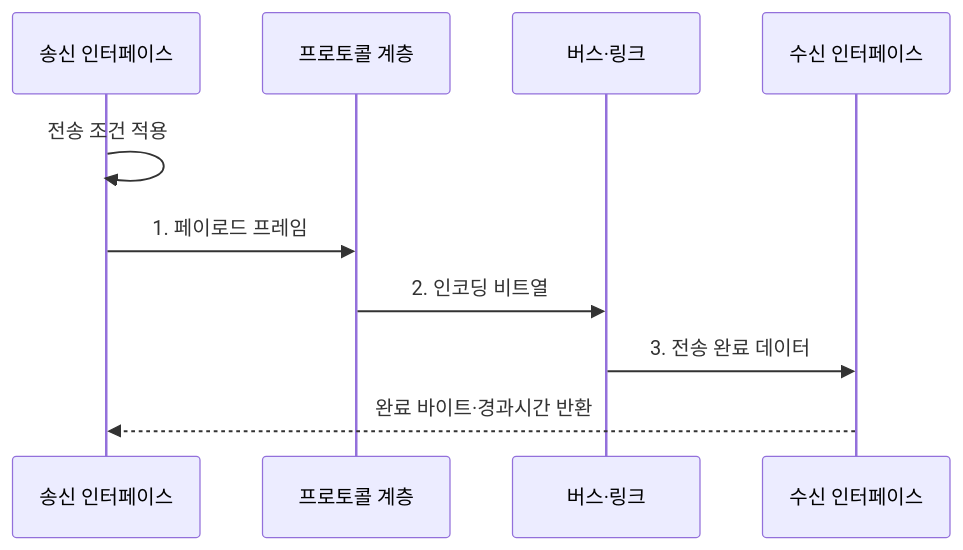
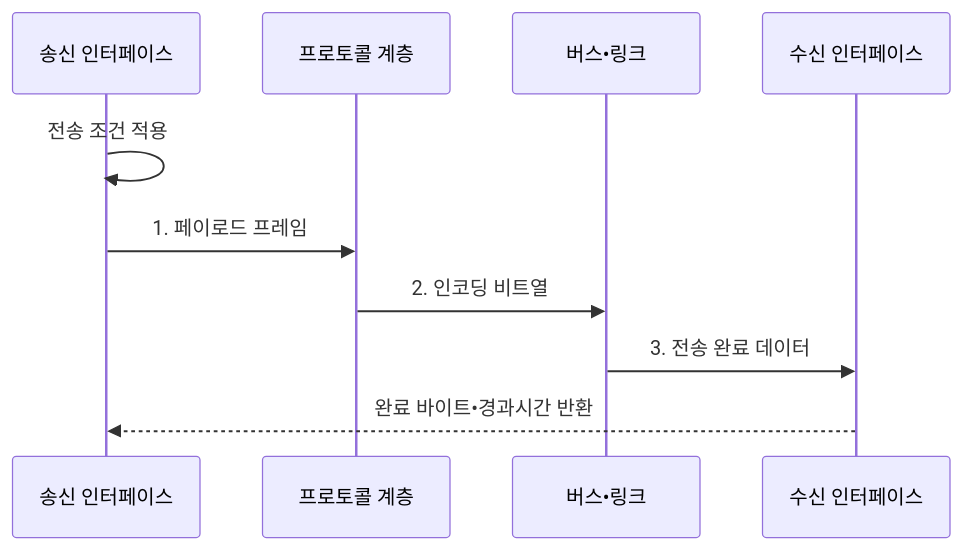
Before and after one commit to agnusdei1207/knowledge-base: the second of 2 diagrams in src/content/docs/notes/02-hardware/076_bus_bandwidth.md, drawn with Mermaid. The commit also changed other lines of this file and 953 other files, not shown here.

````diff
--- a/src/content/docs/notes/02-hardware/076_bus_bandwidth.md
+++ b/src/content/docs/notes/02-hardware/076_bus_bandwidth.md
@@ -107,13 +107,13 @@
 ```mermaid
 sequenceDiagram
     participant S as 송신 인터페이스
     participant P as 프로토콜 계층
-    participant L as 버스·링크
+    participant L as 버스•링크
     participant R as 수신 인터페이스
 
     S->>S: 전송 조건 적용
     S->>P: 1. 페이로드 프레임
     P->>L: 2. 인코딩 비트열
     L->>R: 3. 전송 완료 데이터
-    R-->>S: 완료 바이트·경과시간 반환
+    R-->>S: 완료 바이트•경과시간 반환
 ```
````
